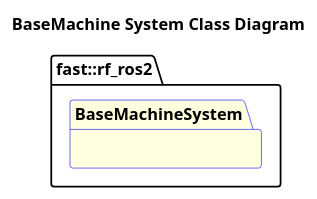
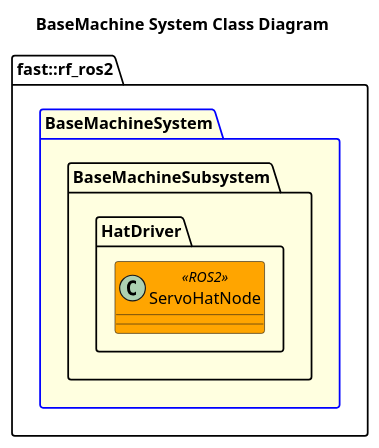
The diagram in Systems/BaseMachine/doc/puml/SystemBaseMachinePackageDiagram.puml (fastrobotics/robot_framework_ros2), drawn with PlantUML before and after one commit. The commit also changed 15 other files, not shown here.

Commit message:
Adding some autogen stuff for BaseMachine

```diff
--- a/Systems/BaseMachine/doc/puml/SystemBaseMachinePackageDiagram.puml
+++ b/Systems/BaseMachine/doc/puml/SystemBaseMachinePackageDiagram.puml
@@ -1,8 +1,15 @@
 @startuml
 title BaseMachine System Class Diagram
 
 namespace fast::rf_ros2 {
     package BaseMachineSystem #LightYellow;line:blue {
+        namespace BaseMachineSubsystem {
+            namespace HatDriver {
+                class ServoHatNode <<ROS2>> #Orange {
+
+                }
+            }
+        }
     }
 }
 @enduml
```
